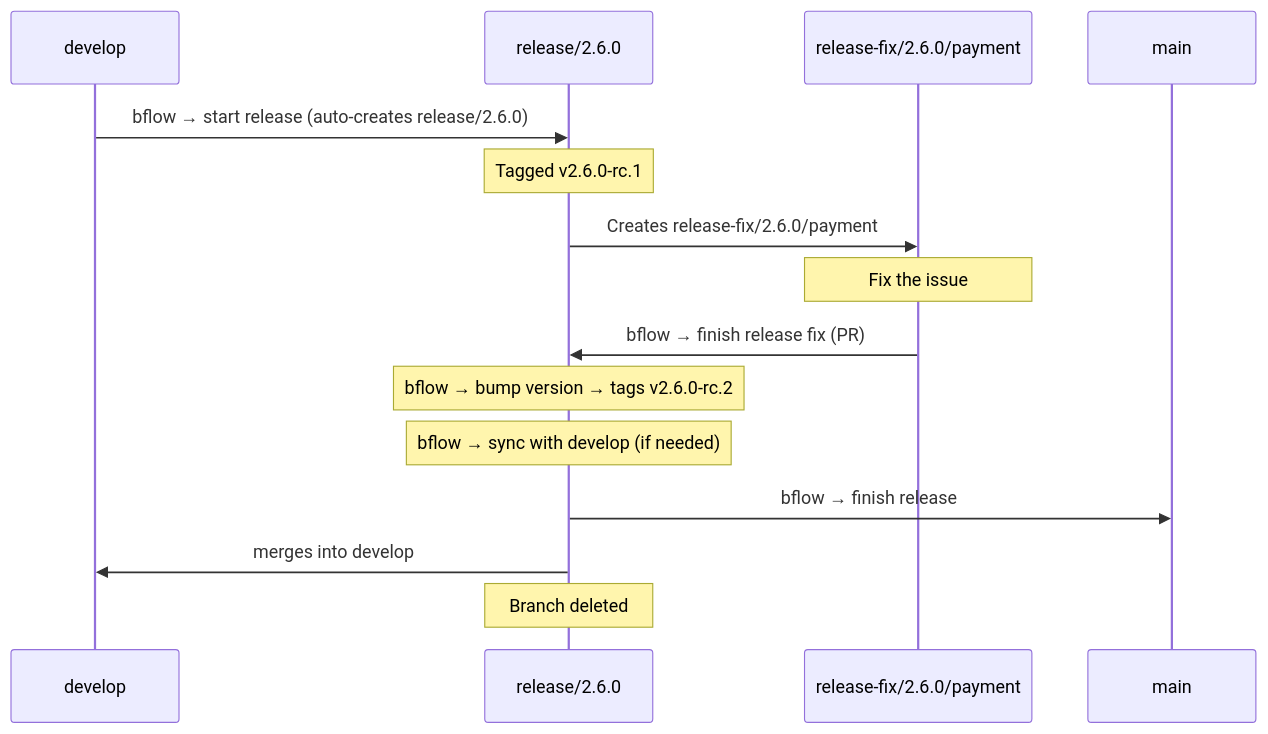
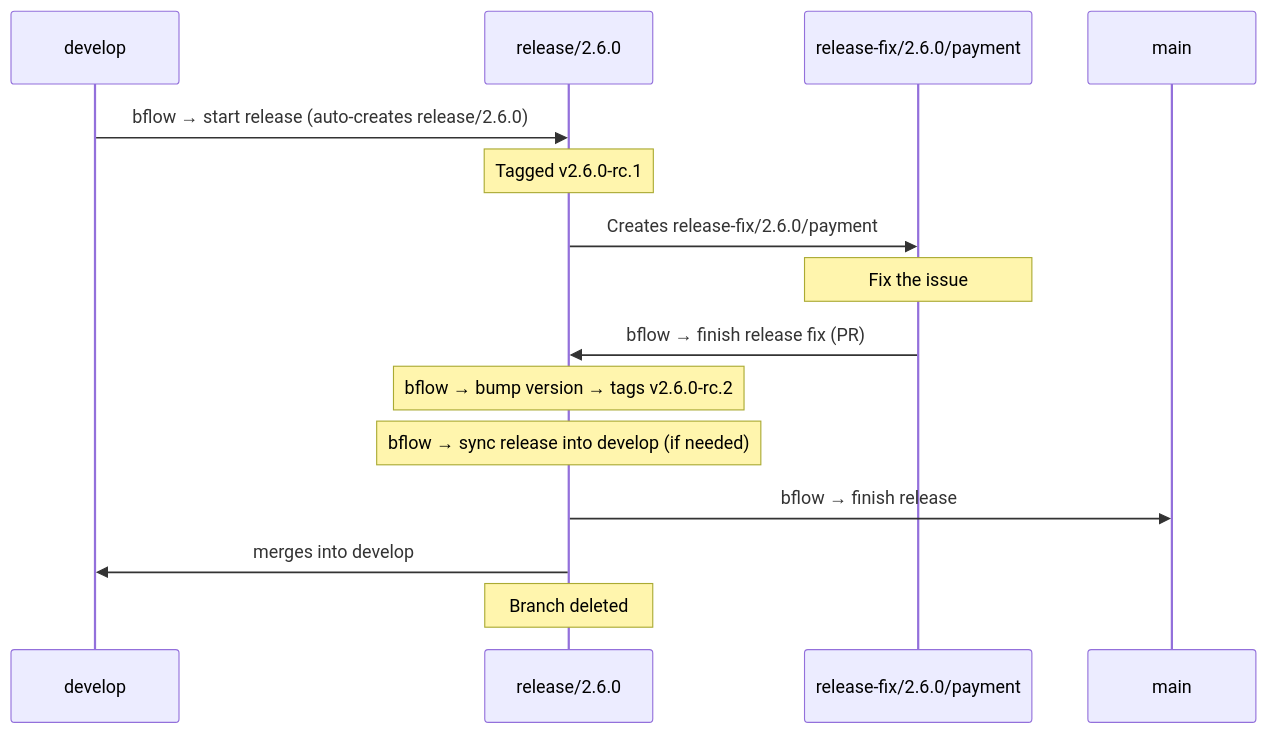
The third of 7 diagrams in README.md (Beans-BV/beans-gitflow), drawn with Mermaid before and after one commit. The commit also changed other lines of this file and 7 other files, not shown here.

````diff
--- a/README.md
+++ b/README.md
@@ -378,18 +378,18 @@
 ```mermaid
 sequenceDiagram
     participant D as develop
     participant R as release/2.6.0
     participant RF as release-fix/2.6.0/payment
     participant M as main
 
     D->>R: bflow → start release (auto-creates release/2.6.0)
     Note over R: Tagged v2.6.0-rc.1
     R->>RF: Creates release-fix/2.6.0/payment
     Note over RF: Fix the issue
     RF->>R: bflow → finish release fix (PR)
     Note over R: bflow → bump version → tags v2.6.0-rc.2
-    Note over R: bflow → sync with develop (if needed)
+    Note over R: bflow → sync release into develop (if needed)
     R->>M: bflow → finish release
     R->>D: merges into develop
     Note over R: Branch deleted
 ```
````
